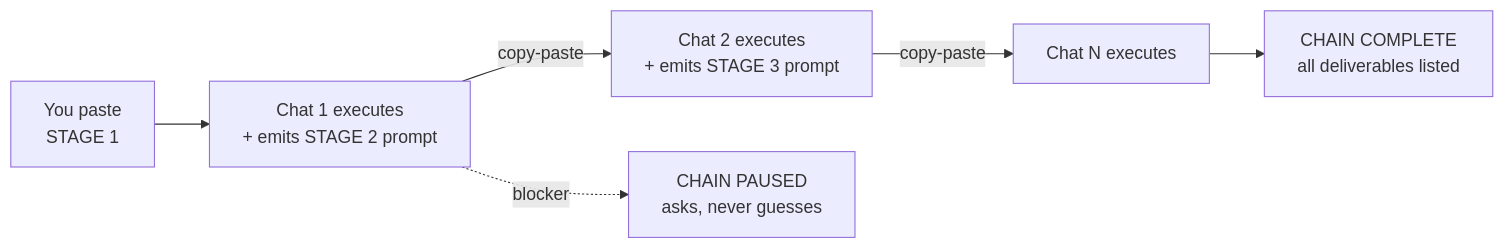
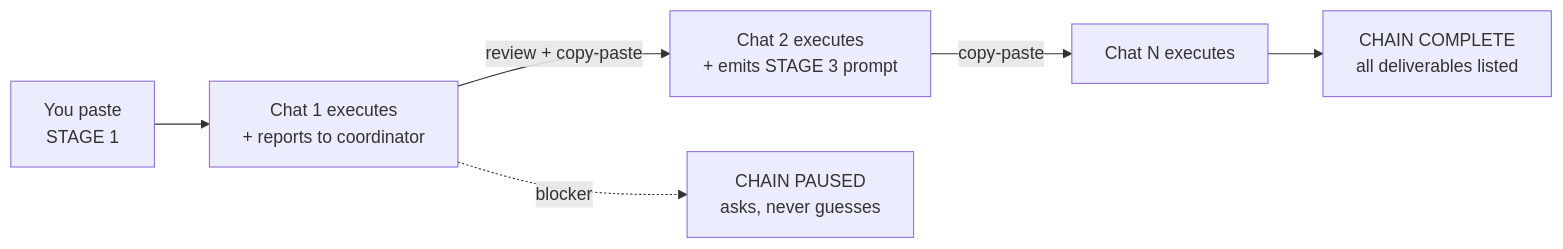
The first of 2 diagrams in README.md (1marcelserrano/prompt-chain), drawn with Mermaid before and after one commit. The commit also changed other lines of this file and 113 other files, not shown here.

````diff
--- a/README.md
+++ b/README.md
@@ -21,8 +21,8 @@
 ```mermaid
 flowchart LR
-    A[You paste<br>STAGE 1] --> B[Chat 1 executes<br>+ emits STAGE 2 prompt]
-    B -->|copy-paste| C[Chat 2 executes<br>+ emits STAGE 3 prompt]
+    A[You paste<br>STAGE 1] --> B[Chat 1 executes<br>+ reports to coordinator]
+    B -->|review + copy-paste| C[Chat 2 executes<br>+ emits STAGE 3 prompt]
     C -->|copy-paste| D[Chat N executes]
     D --> E[CHAIN COMPLETE<br>all deliverables listed]
     B -.blocker.-> P[CHAIN PAUSED<br>asks, never guesses]
 ```
````
